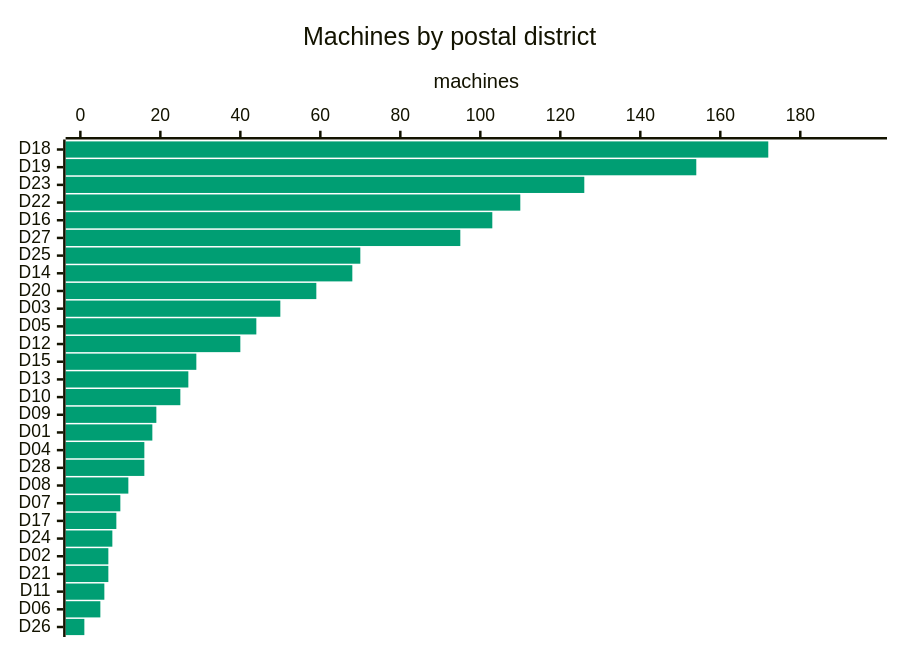
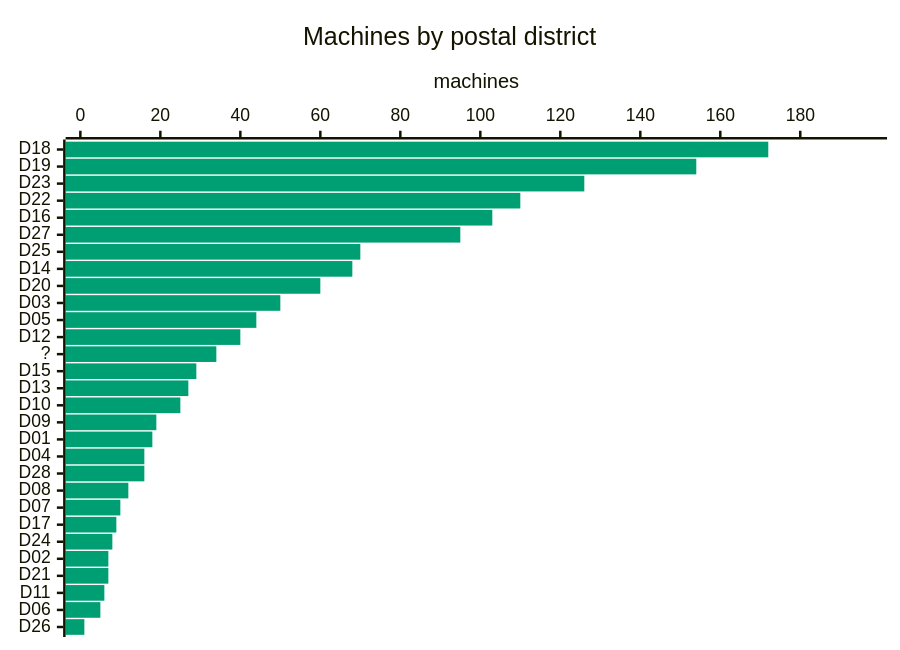
Before and after one commit to cheeaun/returnright-data: the fourth of 7 diagrams in ANALYSIS.md, drawn with Mermaid. The commit also changed other lines of this file and 3 other files, not shown here.

````diff
--- a/ANALYSIS.md
+++ b/ANALYSIS.md
@@ -123,16 +123,16 @@
 ```mermaid
 ---
 config:
   themeVariables:
     xyChart:
       plotColorPalette: "#009E73"
   xyChart:
     chartOrientation: "horizontal"
     plotReservedSpacePercent: 40
 ---
 xychart-beta
     title "Machines by postal district"
-    x-axis ["D18", "D19", "D23", "D22", "D16", "D27", "D25", "D14", "D20", "D03", "D05", "D12", "D15", "D13", "D10", "D09", "D01", "D04", "D28", "D08", "D07", "D17", "D24", "D02", "D21", "D11", "D06", "D26"]
+    x-axis ["D18", "D19", "D23", "D22", "D16", "D27", "D25", "D14", "D20", "D03", "D05", "D12", "?", "D15", "D13", "D10", "D09", "D01", "D04", "D28", "D08", "D07", "D17", "D24", "D02", "D21", "D11", "D06", "D26"]
     y-axis "machines" 0 --> 198
-    bar [172, 154, 126, 110, 103, 95, 70, 68, 59, 50, 44, 40, 29, 27, 25, 19, 18, 16, 16, 12, 10, 9, 8, 7, 7, 6, 5, 1]
+    bar [172, 154, 126, 110, 103, 95, 70, 68, 60, 50, 44, 40, 34, 29, 27, 25, 19, 18, 16, 16, 12, 10, 9, 8, 7, 7, 6, 5, 1]
 ```
````
